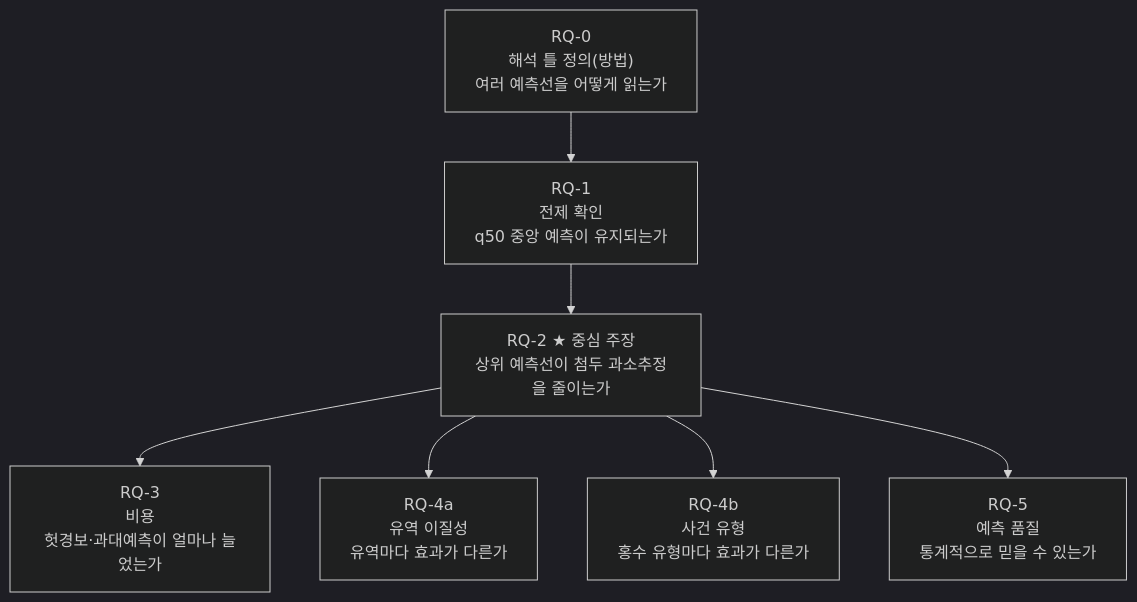
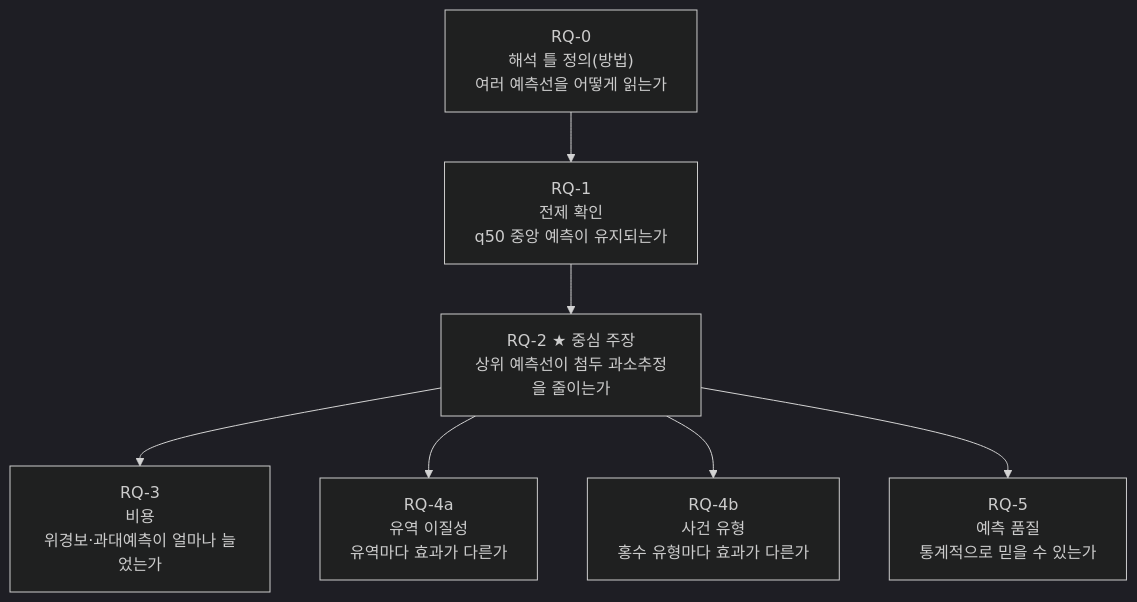
The first of 2 diagrams in docs/explain/08_rq_analysis_map.md (mossyantler/flood-underestimation-lstm), drawn with Mermaid (dark theme) before and after one commit. The commit also changed other lines of this file and 15 other files, not shown here.

````diff
--- a/docs/explain/08_rq_analysis_map.md
+++ b/docs/explain/08_rq_analysis_map.md
@@ -110,9 +110,9 @@
 ```mermaid
 flowchart TD
     A["RQ-0<br/>해석 틀 정의(방법)<br/>여러 예측선을 어떻게 읽는가"] --> B["RQ-1<br/>전제 확인<br/>q50 중앙 예측이 유지되는가"]
     B --> C["RQ-2 ★ 중심 주장<br/>상위 예측선이 첨두 과소추정을 줄이는가"]
-    C --> D["RQ-3<br/>비용<br/>헛경보·과대예측이 얼마나 늘었는가"]
+    C --> D["RQ-3<br/>비용<br/>위경보·과대예측이 얼마나 늘었는가"]
     C --> E["RQ-4a<br/>유역 이질성<br/>유역마다 효과가 다른가"]
     C --> F["RQ-4b<br/>사건 유형<br/>홍수 유형마다 효과가 다른가"]
     C --> G["RQ-5<br/>예측 품질<br/>통계적으로 믿을 수 있는가"]
 ```
````
